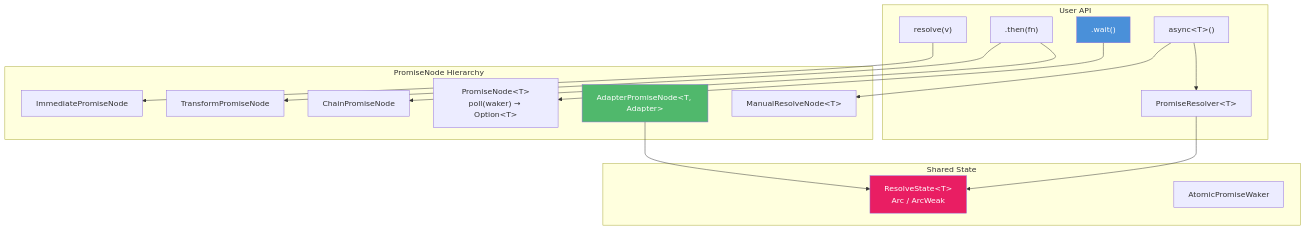
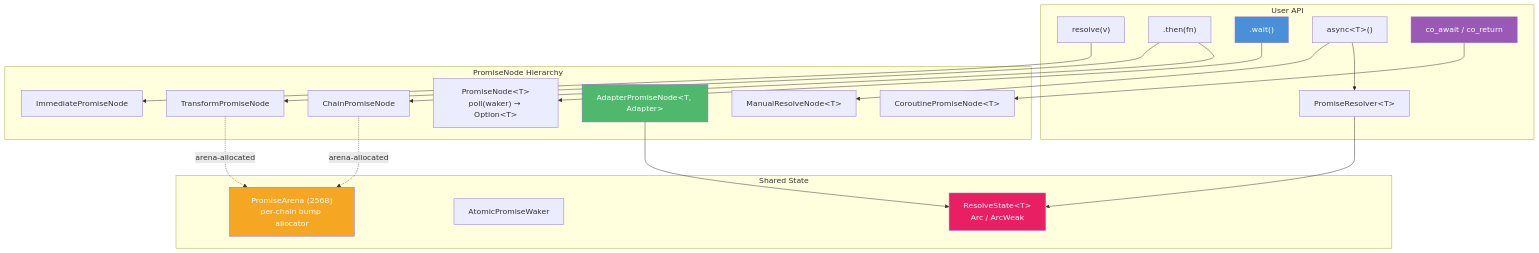
One commit to mivinci/x changed the diagram in docs/libxpp/promise/README.md. Above: the diagram before and after it, drawn with Mermaid. The commit also changed other lines of this file, not shown here.

First line of the commit message:
docs: update Promise README with arena, coroutine, and adapter

````diff
--- a/docs/libxpp/promise/README.md
+++ b/docs/libxpp/promise/README.md
@@ -32,37 +44,45 @@
 ```mermaid
 graph TD
     subgraph "User API"
         PR["resolve(v)"]
         CHAIN[".then(fn)"]
         WAIT[".wait()"]
         ASYNC["async&lt;T&gt;()"]
         PRR["PromiseResolver&lt;T&gt;"]
+        CORO["co_await / co_return"]
     end
 
     subgraph "PromiseNode Hierarchy"
         BASE["PromiseNode&lt;T&gt;<br/>poll(waker) → Option&lt;T&gt;"]
         IMM["ImmediatePromiseNode"]
         TRANS["TransformPromiseNode"]
         CHAINP["ChainPromiseNode"]
         ADAPT["AdapterPromiseNode&lt;T, Adapter&gt;"]
         MANUAL["ManualResolveNode&lt;T&gt;"]
+        COROP["CoroutinePromiseNode&lt;T&gt;"]
     end
 
     subgraph "Shared State"
         RS["ResolveState&lt;T&gt;<br/>Arc / ArcWeak"]
         AW["AtomicPromiseWaker"]
+        ARENA["PromiseArena (256B)<br/>per-chain bump allocator"]
     end
 
     PR --> IMM
     CHAIN --> TRANS
     CHAIN --> CHAINP
     ASYNC --> MANUAL
     ASYNC --> PRR
     PRR --> RS
     ADAPT --> RS
+    CORO --> COROP
     WAIT --> BASE
+    TRANS -.->|arena-allocated| ARENA
+    CHAINP -.->|arena-allocated| ARENA
 
     style WAIT fill:#4a90d9,color:#fff
     style RS fill:#e91e63,color:#fff
     style ADAPT fill:#50b86c,color:#fff
+    style ARENA fill:#f5a623,color:#fff
+    style CORO fill:#9b59b6,color:#fff
 ```
````
